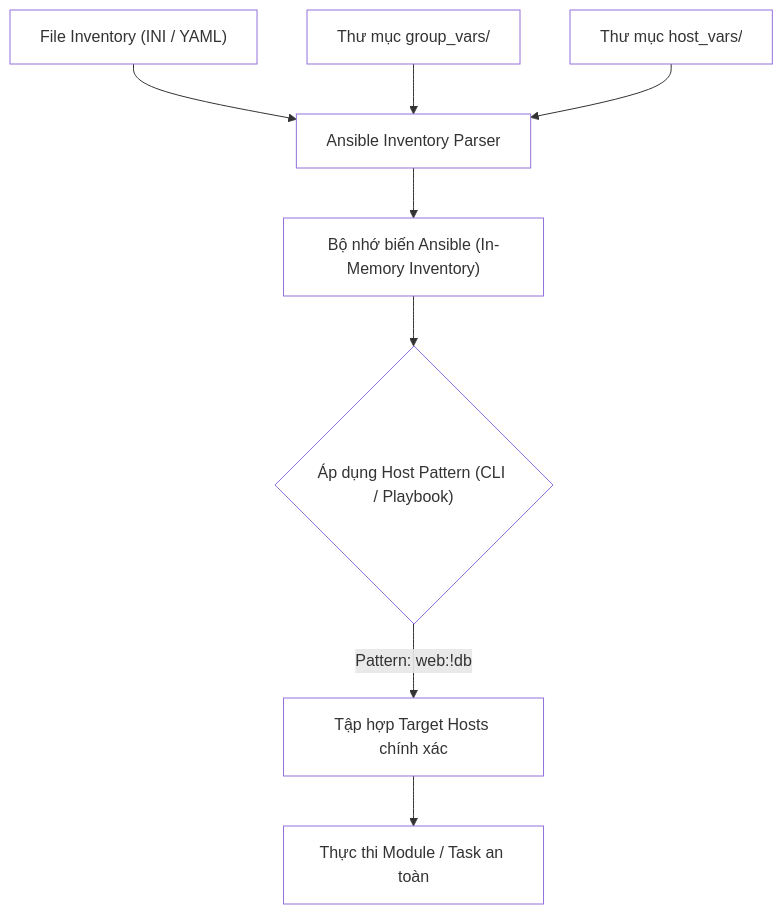
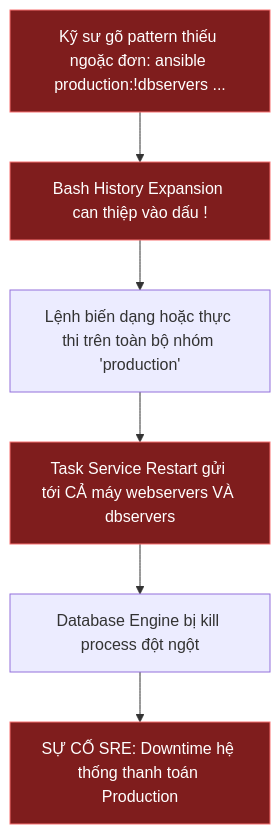
Before and after one commit to kiennt308/ntk: the third of 4 diagrams in _posts/2026-09-13-ansible-03-03-inventory.md, drawn with Mermaid. The commit also changed other lines of this file and 30 other files, not shown here.

````diff
--- a/_posts/2026-09-13-ansible-03-03-inventory.md
+++ b/_posts/2026-09-13-ansible-03-03-inventory.md
@@ -302,19 +224,13 @@
 ```mermaid
 flowchart TD
-    A["File Inventory (INI / YAML)"] --> B["Ansible Inventory Parser"]
-    C["Thư mục group_vars/"] --> B
-    D["Thư mục host_vars/"] --> B
-    B --> E["Bộ nhớ biến Ansible (In-Memory Inventory)"]
-    E --> F{"Áp dụng Host Pattern (CLI / Playbook)"}
-    F -->|"Pattern: web:!db"| G["Tập hợp Target Hosts chính xác"]
-    G --> H["Thực thi Module / Task an toàn"]
+    A["Kỹ sư gõ pattern thiếu ngoặc đơn: ansible production:!dbservers ..."] --> B["Bash History Expansion can thiệp vào dấu !"]
+    B --> C["Lệnh biến dạng hoặc thực thi trên toàn bộ nhóm 'production'"]
+    C --> D["Task Service Restart gửi tới CẢ máy webservers VÀ dbservers"]
+    D --> E["Database Engine bị kill process đột ngột"]
+    E --> F["SỰ CỐ SRE: Downtime hệ thống thanh toán Production"]
 
-    style A fill:none
-    style B fill:none
-    style C fill:none
-    style D fill:none
-    style E fill:none
-    style F fill:none
-    style G fill:none
-    style H fill:none
+    style A fill:#7f1d1d,stroke:#f87171,color:#fff
+    style B fill:#7f1d1d,stroke:#f87171,color:#fff
+    style D fill:#7f1d1d,stroke:#f87171,color:#fff
+    style F fill:#7f1d1d,stroke:#f87171,color:#fff
 ```
````
